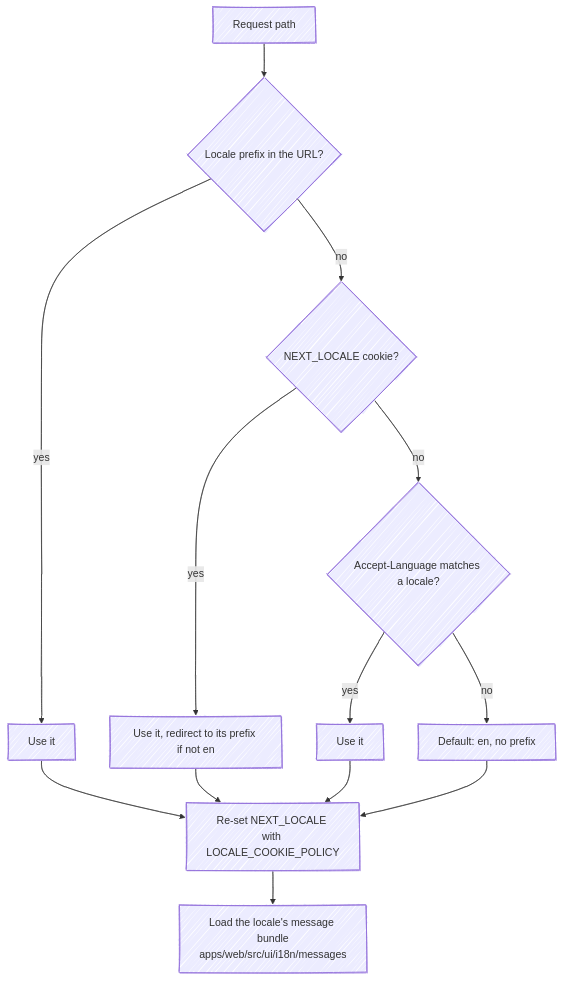
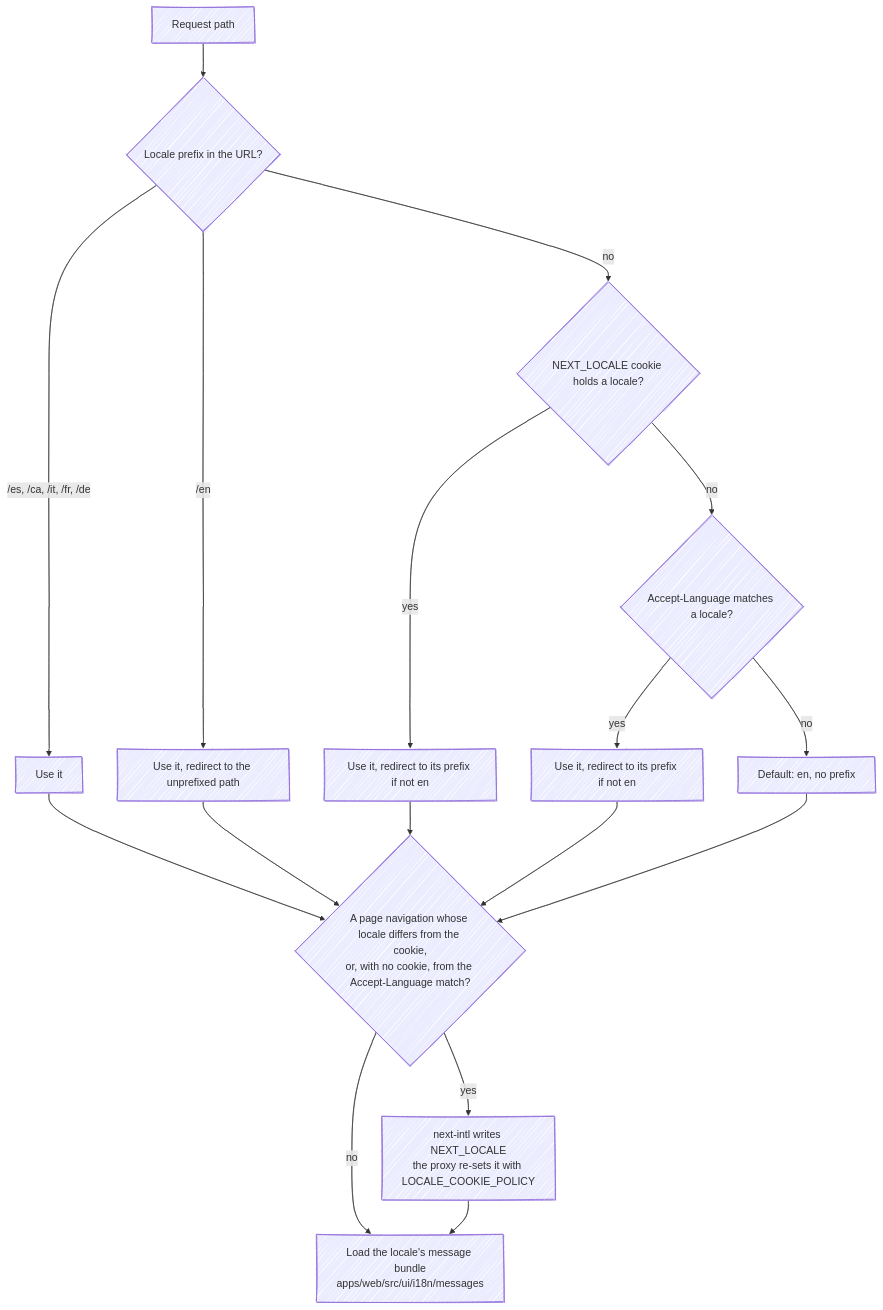
One commit to fbuireu/forever-pto changed the first of 2 diagrams in apps/docs/src/content/docs/how-it-works/i18n.mdx. Above: the diagram before and after it, drawn with Mermaid. The commit also changed other lines of this file and 21 other files, not shown here.

````diff
--- a/apps/docs/src/content/docs/how-it-works/i18n.mdx
+++ b/apps/docs/src/content/docs/how-it-works/i18n.mdx
@@ -11,17 +11,20 @@
 ```mermaid
 ---
 config:
   look: handDrawn
   layout: dagre
 ---
 flowchart TD
   REQ[Request path] --> PFX{Locale prefix in the URL?}
-  PFX -- yes --> USE[Use it]
-  PFX -- no --> CK{NEXT_LOCALE cookie?}
+  PFX -- "/es, /ca, /it, /fr, /de" --> USE[Use it]
+  PFX -- "/en" --> STRIP[Use it, redirect to the unprefixed path]
+  PFX -- no --> CK{NEXT_LOCALE cookie holds a locale?}
   CK -- yes --> USE2[Use it, redirect to its prefix if not en]
   CK -- no --> AL{Accept-Language matches a locale?}
-  AL -- yes --> USE3[Use it]
-  AL -- no --> DEF[Default: en, no prefix]
-  USE & USE2 & USE3 & DEF --> SET[Re-set NEXT_LOCALE with LOCALE_COOKIE_POLICY]
-  SET --> MSG[Load the locale's message bundle<br/>apps/web/src/ui/i18n/messages]
+  AL -- yes --> USE3[Use it, redirect to its prefix if not en]
+  AL -- no --> DEF["Default: en, no prefix"]
+  USE & STRIP & USE2 & USE3 & DEF --> CHG{"A page navigation whose locale differs from the cookie,<br/>or, with no cookie, from the Accept-Language match?"}
+  CHG -- yes --> SET["next-intl writes NEXT_LOCALE<br/>the proxy re-sets it with LOCALE_COOKIE_POLICY"]
+  CHG -- no --> MSG
+  SET --> MSG["Load the locale's message bundle<br/>apps/web/src/ui/i18n/messages"]
 ```
````
